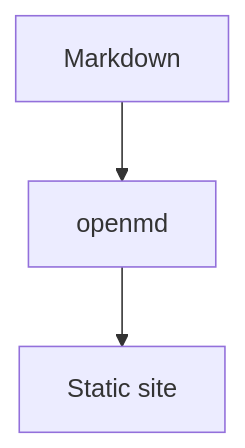
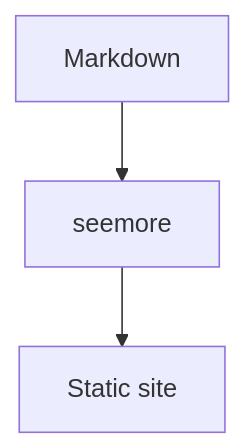
One commit to arifszn/seemore changed the diagram in tests/fixtures/site/getting-started.md. Above: the diagram before and after it, drawn with Mermaid. The commit also changed other lines of this file and 58 other files, not shown here.

````diff
--- a/tests/fixtures/site/getting-started.md
+++ b/tests/fixtures/site/getting-started.md
@@ -17,5 +17,5 @@
 ```mermaid
 graph TD;
-  A[Markdown] --> B[openmd];
+  A[Markdown] --> B[seemore];
   B --> C[Static site];
 ```
````
